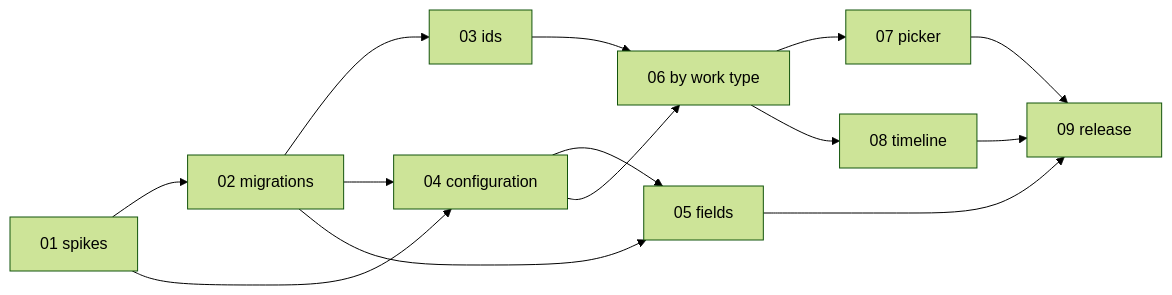
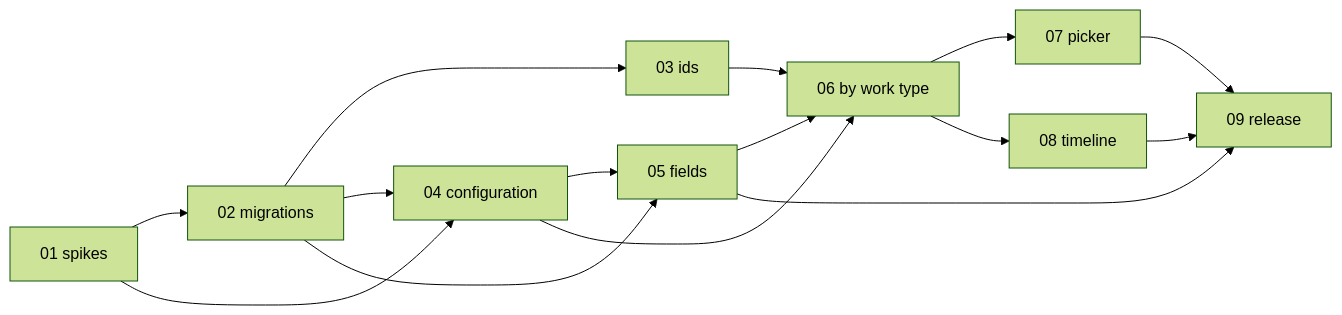
Before and after one commit to bitovi/jira-measure-of-success: the diagram in specs/11-scalable-data/plan.md, drawn with Mermaid (forest theme). The commit also changed other lines of this file and 9 other files, not shown here.

````diff
--- a/specs/11-scalable-data/plan.md
+++ b/specs/11-scalable-data/plan.md
@@ -89,16 +89,17 @@
 ```mermaid
 graph LR
   S01[01 spikes] --> S02[02 migrations]
   S01 --> S04
   S02 --> S03[03 ids]
   S02 --> S04[04 configuration]
   S04 --> S05[05 fields]
   S02 --> S05
   S03 --> S06[06 by work type]
   S04 --> S06
+  S05 --> S06
   S06 --> S07[07 picker]
   S06 --> S08[08 timeline]
   S05 --> S09[09 release]
   S07 --> S09
   S08 --> S09
 ```
````
